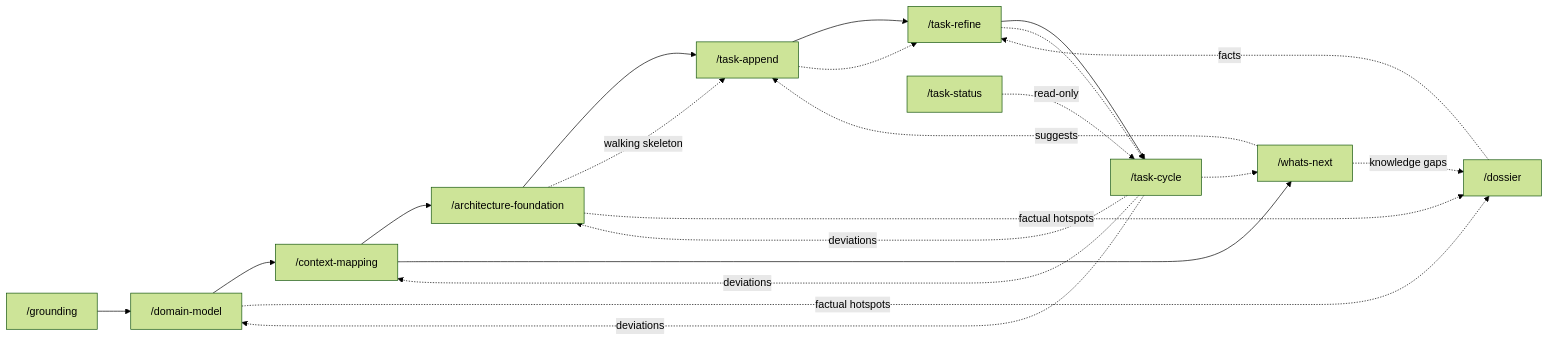
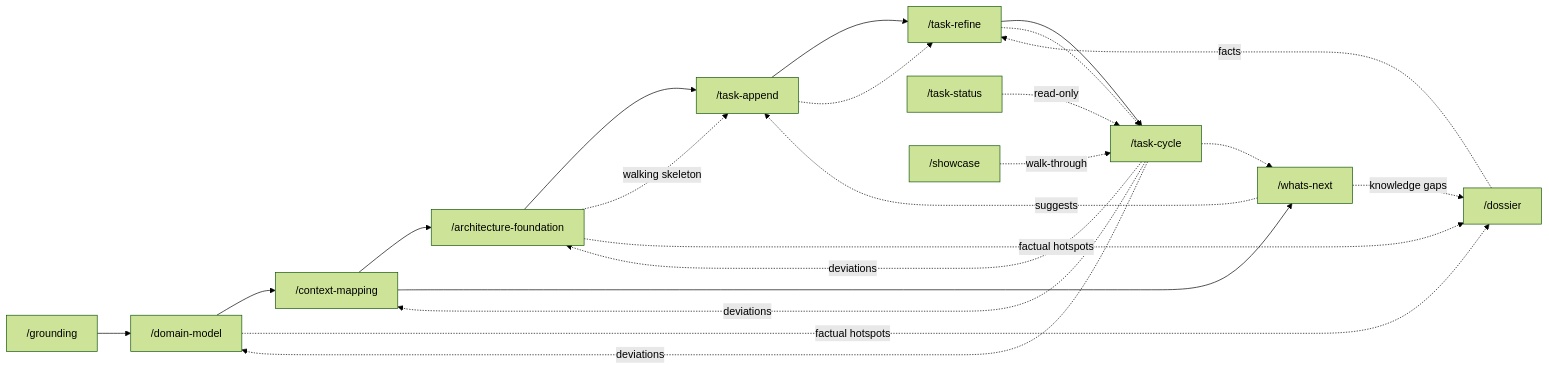
Before and after one commit to mtrense/skills: the diagram in domain-driven/README.md, drawn with Mermaid (forest theme). The commit also changed other lines of this file and 3 other files, not shown here.

First line of the commit message:
feat(domain-driven): add /showcase — the demo walk-through report

````diff
--- a/domain-driven/README.md
+++ b/domain-driven/README.md
@@ -7,18 +7,19 @@
 ```mermaid
 flowchart LR
   g["/grounding"] --> dm["/domain-model"] --> cm["/context-mapping"]
   cm --> af["/architecture-foundation"] --> ap["/task-append"] --> rf["/task-refine"] --> wc["/task-cycle"]
   ap -.-> rf -.-> wc
   ts["/whats-next"] -.suggests.-> ap
   af -.walking skeleton.-> ap
   ds["/dossier"] -.facts.-> rf
   dm -.factual hotspots.-> ds
   af -.factual hotspots.-> ds
   ts -.knowledge gaps.-> ds
   cm --> ts
   wc -.-> ts
   wc -.deviations.-> dm
   wc -.deviations.-> cm
   wc -.deviations.-> af
   stat["/task-status"] -.read-only.-> wc
+  show["/showcase"] -.walk-through.-> wc
 ```
````
